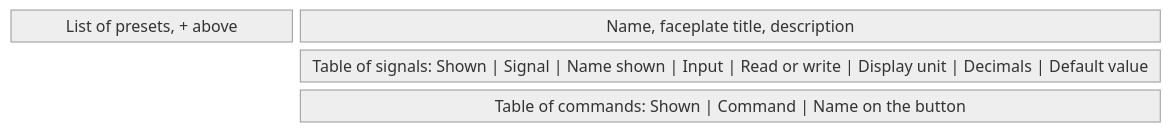
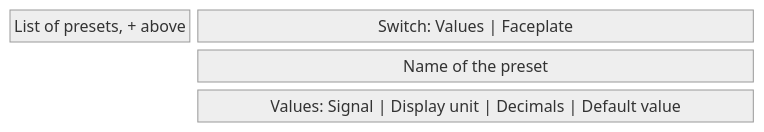
One commit to AlexandreGallais/synoptic-studio-spec changed the tenth of 16 diagrams in screens/metadata.md. Above: the diagram before and after it, drawn with Mermaid (neutral theme). The commit also changed other lines of this file and 13 other files, not shown here.

````diff
--- a/screens/metadata.md
+++ b/screens/metadata.md
@@ -299,7 +324,7 @@
 ```mermaid
 block-beta
     columns 4
-    list["List of presets, + above"] head["Name, faceplate title, description"]:3
-    space signals["Table of signals: Shown | Signal | Name shown | Input | Read or write | Display unit | Decimals | Default value"]:3
-    space commands["Table of commands: Shown | Command | Name on the button"]:3
+    list["List of presets, + above"] sw["Switch: Values | Faceplate"]:3
+    space name["Name of the preset"]:3
+    space values["Values: Signal | Display unit | Decimals | Default value"]:3
 ```
````
